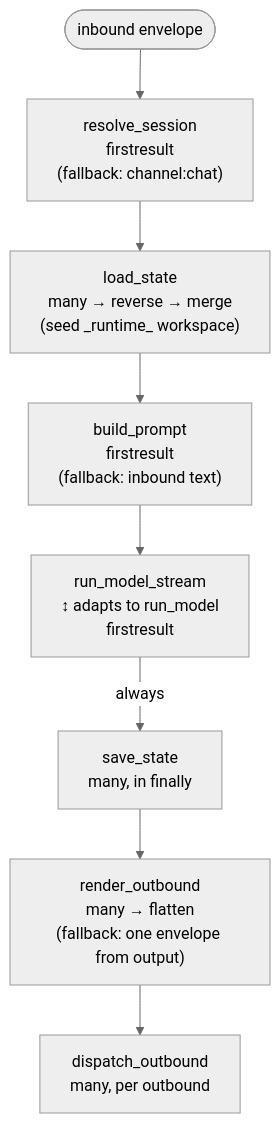
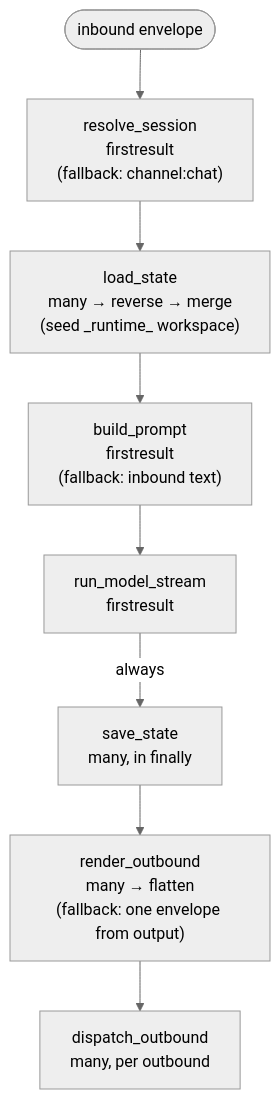
The diagram in website/src/content/docs/docs/concepts/turn-pipeline.mdx (bubbuild/bub), drawn with Mermaid (neutral theme) before and after one commit. The commit also changed other lines of this file and 78 other files, not shown here.

Commit message:
feat(tape): prototype standard-driven tape architecture

````diff
--- a/website/src/content/docs/docs/concepts/turn-pipeline.mdx
+++ b/website/src/content/docs/docs/concepts/turn-pipeline.mdx
@@ -14,10 +14,10 @@
 ```mermaid
 flowchart TD
   inbound(["inbound envelope"]) --> resolve["resolve_session<br/>firstresult<br/>(fallback: channel:chat)"]
   resolve --> load["load_state<br/>many → reverse → merge<br/>(seed _runtime_ workspace)"]
   load --> prompt["build_prompt<br/>firstresult<br/>(fallback: inbound text)"]
-  prompt --> model["run_model_stream<br/>↕ adapts to run_model<br/>firstresult"]
+  prompt --> model["run_model_stream<br/>firstresult"]
   model -->|always| save["save_state<br/>many, in finally"]
   save --> render["render_outbound<br/>many → flatten<br/>(fallback: one envelope from output)"]
   render --> dispatch["dispatch_outbound<br/>many, per outbound"]
 ```
````
